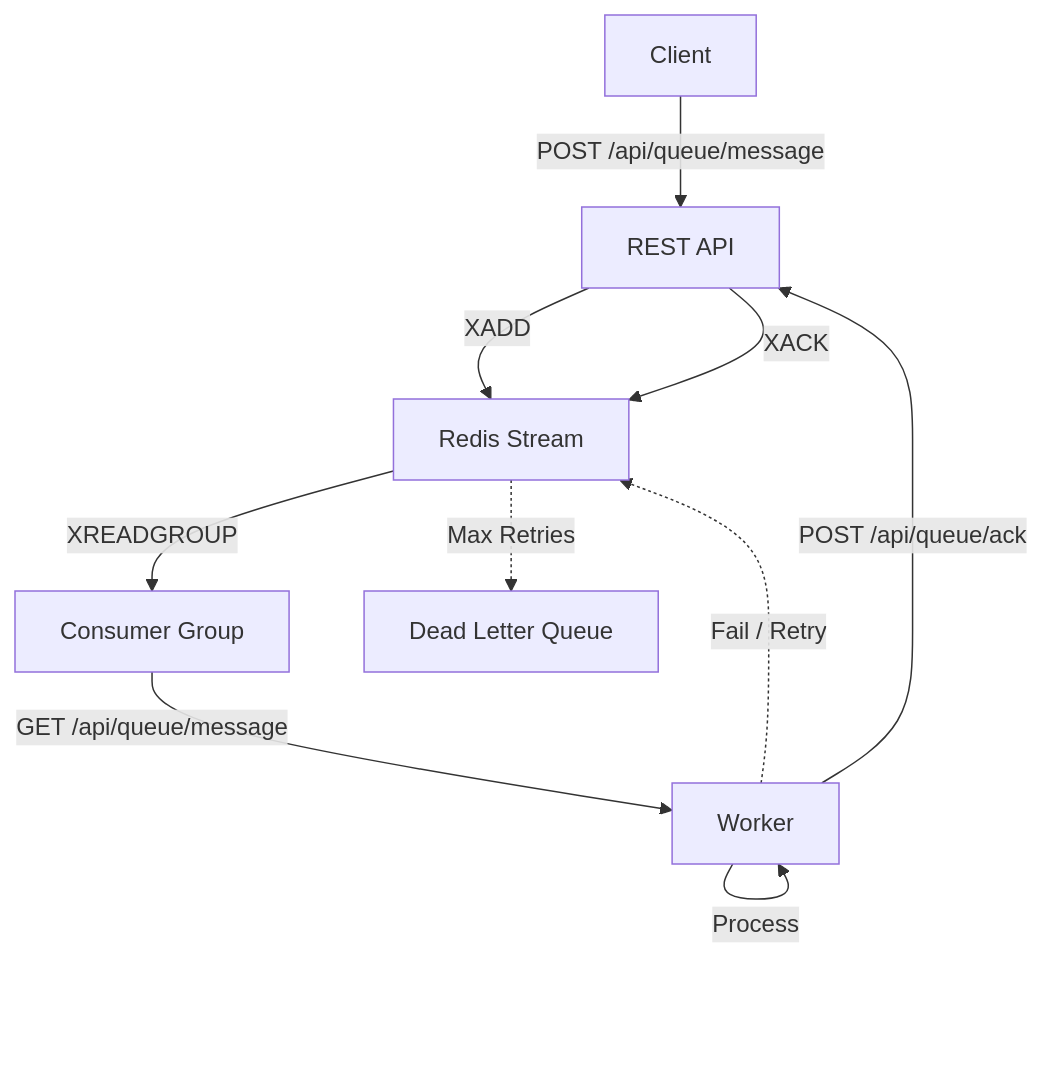
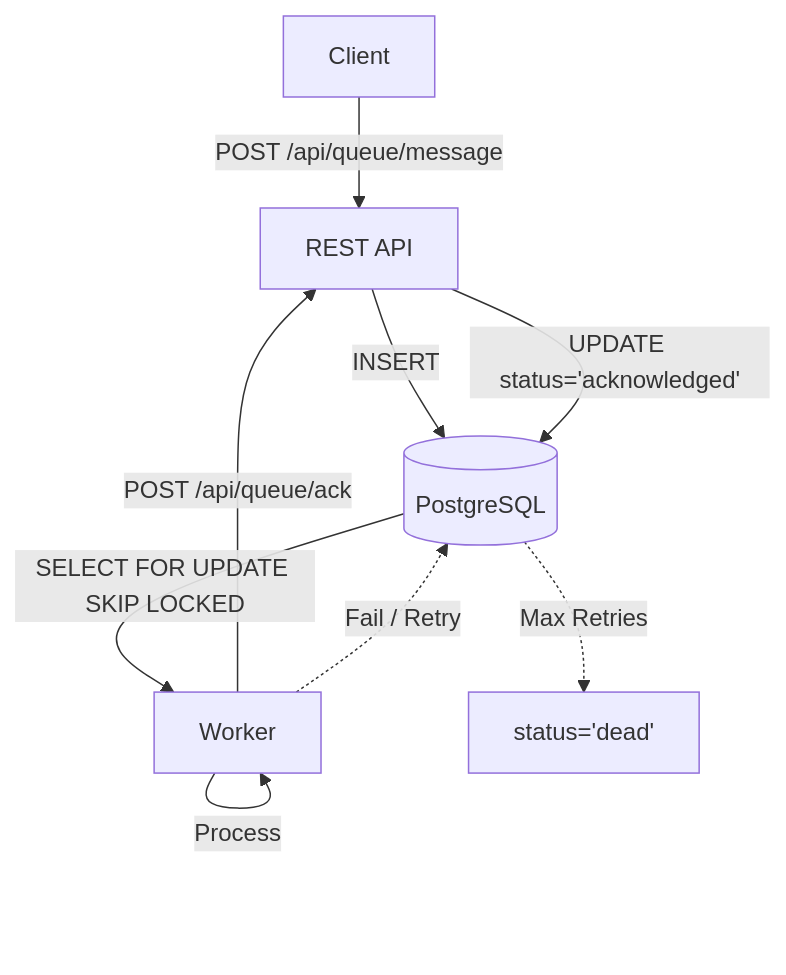
One commit to mood-agency/relay changed the diagram in README.md. Above: the diagram before and after it, drawn with Mermaid. The commit also changed other lines of this file and 101 other files, not shown here.

First line of the commit message:
refactor: migrate queue backend from Redis to PostgreSQL

````diff
--- a/README.md
+++ b/README.md
@@ -304,12 +290,11 @@
 ```mermaid
 flowchart TD
     Client[Client] -->|POST /api/queue/message| API[REST API]
-    API -->|XADD| Stream[Redis Stream]
-    Stream -->|XREADGROUP| Consumer[Consumer Group]
-    Consumer -->|GET /api/queue/message| Worker[Worker]
+    API -->|INSERT| DB[(PostgreSQL)]
+    DB -->|SELECT FOR UPDATE SKIP LOCKED| Worker[Worker]
     Worker -->|Process| Worker
     Worker -->|POST /api/queue/ack| API
-    API -->|XACK| Stream
-    Worker -.->|Fail / Retry| Stream
-    Stream -.->|Max Retries| DLQ[Dead Letter Queue]
+    API -->|UPDATE status='acknowledged'| DB
+    Worker -.->|Fail / Retry| DB
+    DB -.->|Max Retries| DLQ[status='dead']
 ```
````
